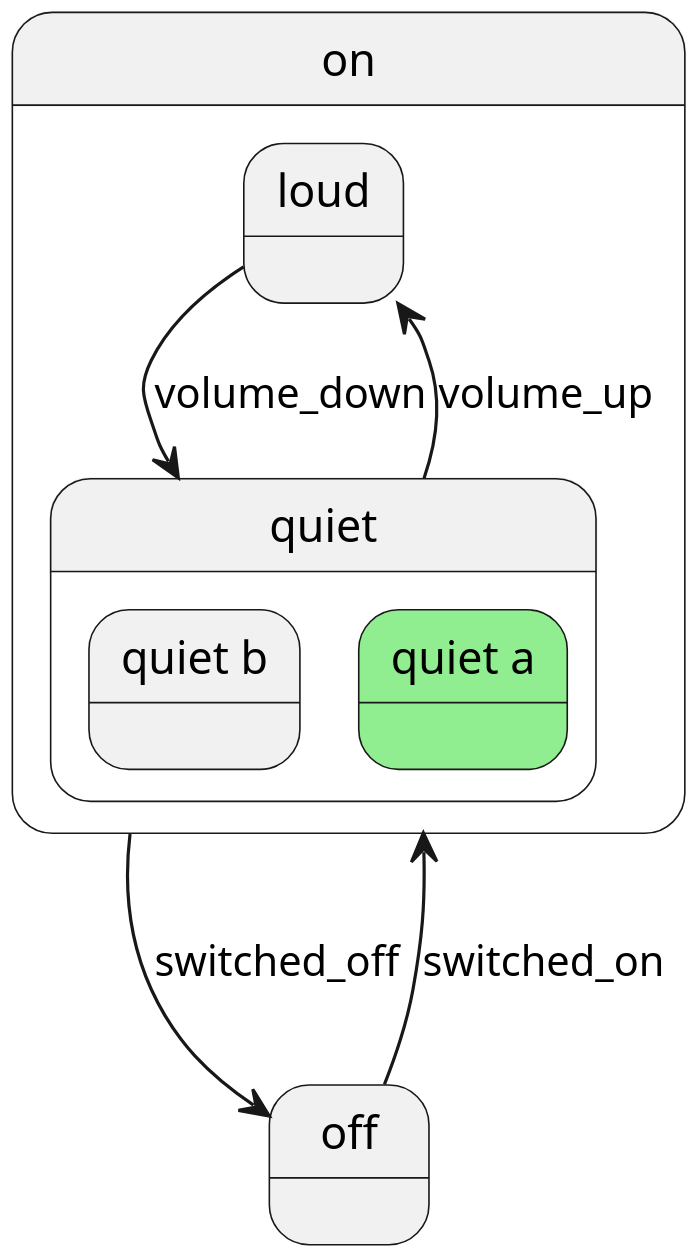
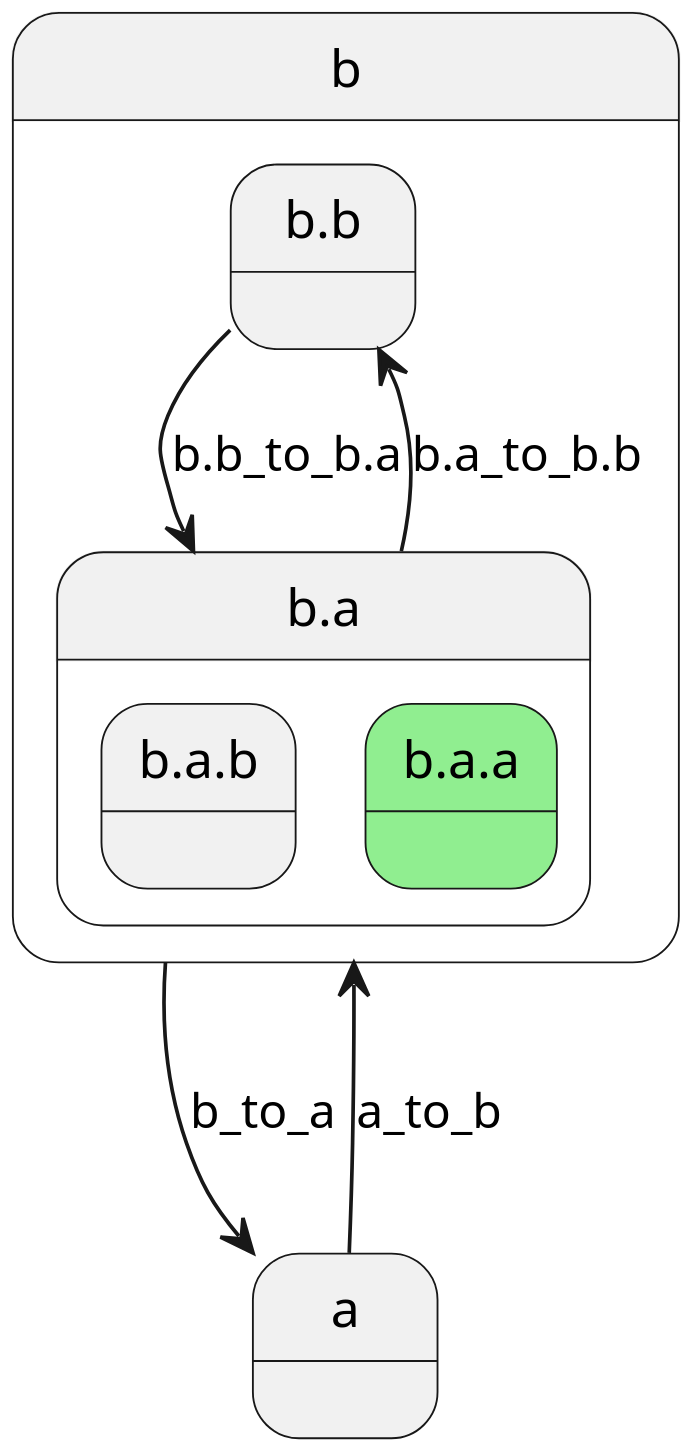
One commit to tekkies/hsm-java-plantuml changed the diagram in test-output/superstate.plantuml. Above: the diagram before and after it, drawn with PlantUML. The commit also changed 2 other files, not shown here.

```diff
--- a/test-output/superstate.plantuml
+++ b/test-output/superstate.plantuml
@@ -1,20 +1,20 @@
 @startuml
 scale 600 width
-state "on" as on  {
-    state "loud" as loud  {
+state "b" as b  {
+    state "b.b" as b.b  {
     }
-    state "quiet" as quiet  {
-        state "quiet b" as quiet_b  {
+    state "b.a" as b.a  {
+        state "b.a.b" as b.a.b  {
         }
-        state "quiet a" as quiet_a #LightGreen {
+        state "b.a.a" as b.a.a #LightGreen {
         }
     }
 }
-state "off" as off  {
+state "a" as a  {
 }
-loud --> quiet : volume_down
-quiet --> loud : volume_up
-on --> off : switched_off
-off --> on : switched_on
+b.b --> b.a : b.b_to_b.a
+b.a --> b.b : b.a_to_b.b
+b --> a : b_to_a
+a --> b : a_to_b
  
 @enduml
```
